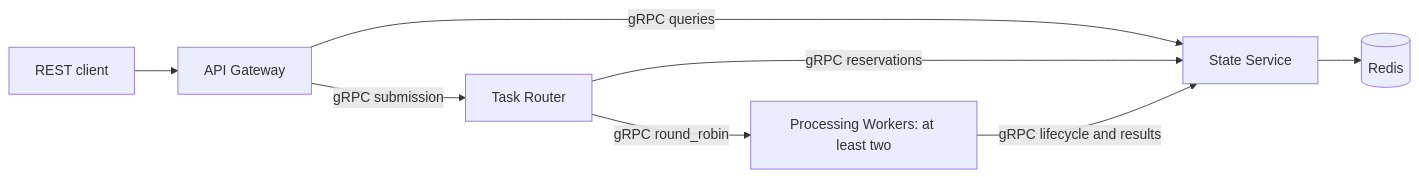
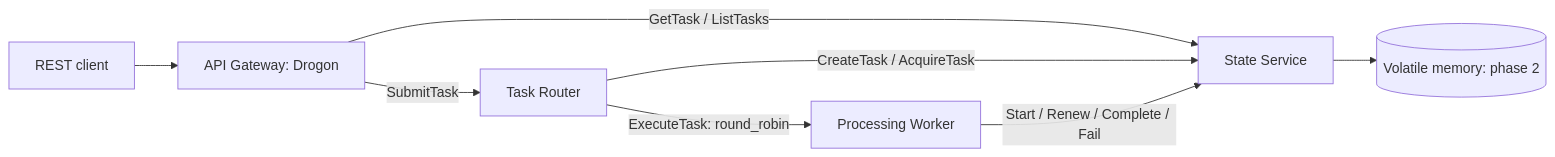
The diagram in README.md (ABDOUUisHERE/Cloud-Native-Distributed-Microservices-Platform), drawn with Mermaid before and after one commit. The commit also changed other lines of this file and 7 other files, not shown here.

Commit message:
ci(tasks): extend service validation and usage documentation

````diff
--- a/README.md
+++ b/README.md
@@ -11,10 +9,10 @@
 ```mermaid
 flowchart LR
-    Client[REST client] --> Gateway[API Gateway]
-    Gateway -->|gRPC submission| Router[Task Router]
-    Gateway -->|gRPC queries| State[State Service]
-    Router -->|gRPC reservations| State
-    Router -->|gRPC round_robin| Workers[Processing Workers: at least two]
-    Workers -->|gRPC lifecycle and results| State
-    State --> Redis[(Redis)]
+    Client[REST client] --> Gateway[API Gateway: Drogon]
+    Gateway -->|SubmitTask| Router[Task Router]
+    Gateway -->|GetTask / ListTasks| State[State Service]
+    Router -->|CreateTask / AcquireTask| State
+    Router -->|ExecuteTask: round_robin| Worker[Processing Worker]
+    Worker -->|Start / Renew / Complete / Fail| State
+    State --> Memory[(Volatile memory: phase 2)]
 ```
````
